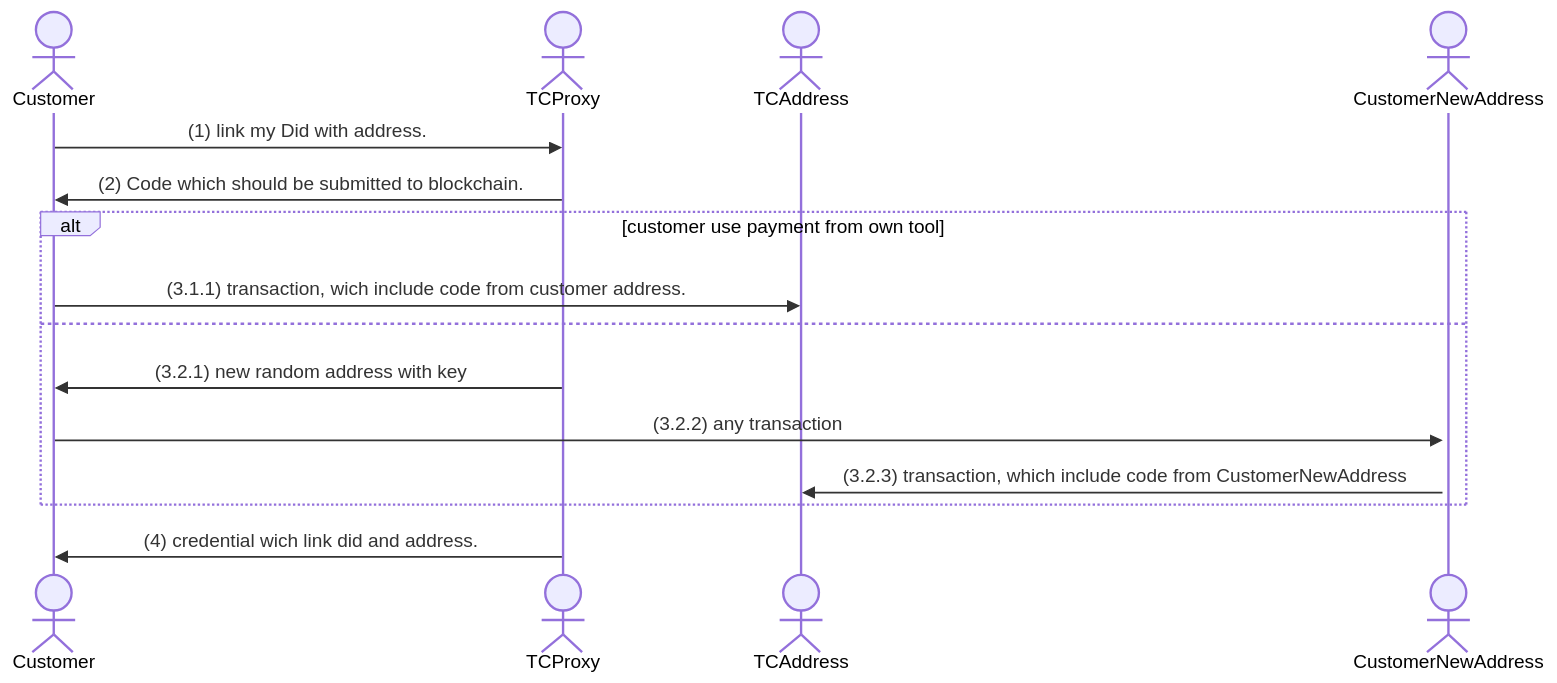
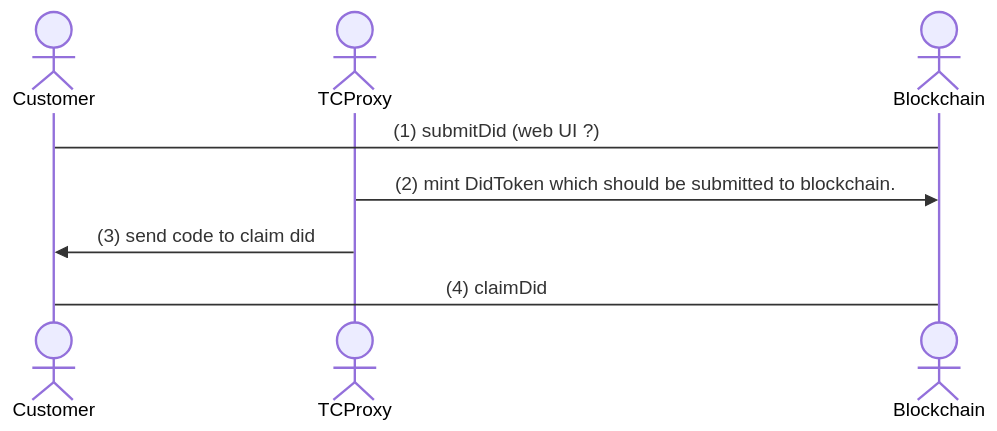
One commit to zakaio/cardano-tokens-and-credentials changed the diagram in docs/Flow.md. Above: the diagram before and after it, drawn with Mermaid.

Commit message:
redraw diagram

````diff
--- a/docs/Flow.md
+++ b/docs/Flow.md
@@ -5,18 +5,10 @@
 ```mermaid
 sequenceDiagram
 actor Customer
 actor TCProxy
-actor TCAddress
-actor CustomerNewAddress
-Customer ->> TCProxy: (1) link my Did with address.
-TCProxy ->> Customer: (2) Code which should be submitted to blockchain.
-alt customer use payment from own tool
-  Customer ->> TCAddress: (3.1.1) transaction, wich include code from customer address.
-else
-  TCProxy ->> Customer: (3.2.1) new random address with key
-  activate CustomerNewAddress
-  Customer ->> CustomerNewAddress: (3.2.2) any transaction
-  CustomerNewAddress ->> TCAddress: (3.2.3) transaction, which include code from CustomerNewAddress
-end
-TCProxy ->> Customer: (4) credential wich link did and address.
+actor Blockchain
+Customer -> Blockchain: (1) submitDid  (web UI ?)
+TCProxy ->> Blockchain: (2)  mint DidToken  which should be submitted to blockchain.
+TCProxy ->> Customer: (3)  send code to claim did
+Customer ->  Blockchain: (4) claimDid
 ```
````
